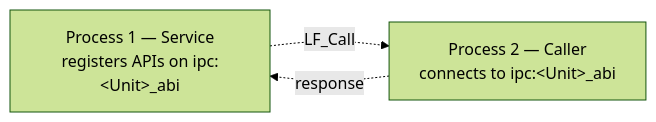
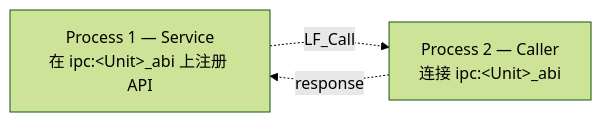
Before and after one commit to PassByYou888/LingoFuse-Tools: the first of 2 diagrams in src/pascal_c_to_abi/code_decl_to_abi_USER_GUIDE.md, drawn with Mermaid (forest theme). The commit also changed other lines of this file and 79 other files, not shown here.

````diff
--- a/src/pascal_c_to_abi/code_decl_to_abi_USER_GUIDE.md
+++ b/src/pascal_c_to_abi/code_decl_to_abi_USER_GUIDE.md
@@ -1320,7 +1207,7 @@
 ```mermaid
 flowchart LR
-    A["Process 1 — Service<br/>registers APIs on ipc:&lt;Unit&gt;_abi"]
-    B["Process 2 — Caller<br/>connects to ipc:&lt;Unit&gt;_abi"]
+    A["Process 1 — Service<br/>在 ipc:&lt;Unit&gt;_abi 上注册 API"]
+    B["Process 2 — Caller<br/>连接 ipc:&lt;Unit&gt;_abi"]
     A -. "LF_Call" .-> B
     B -. "response" .-> A
 ```
````
